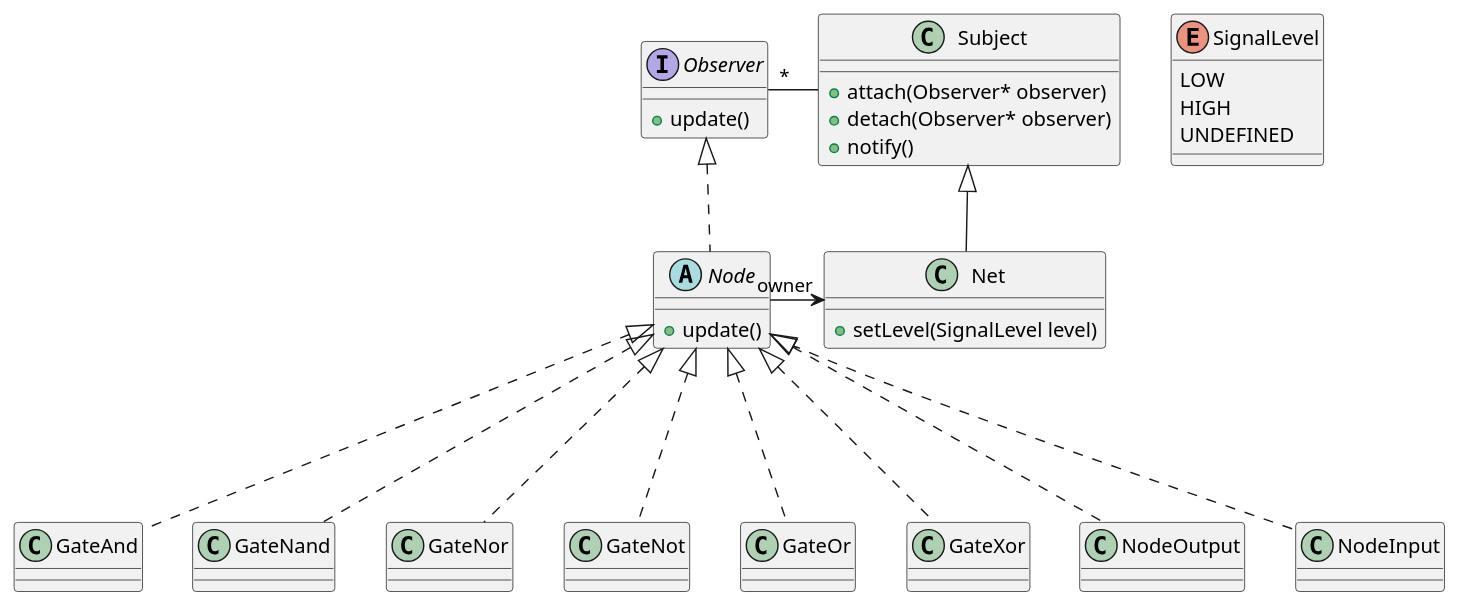
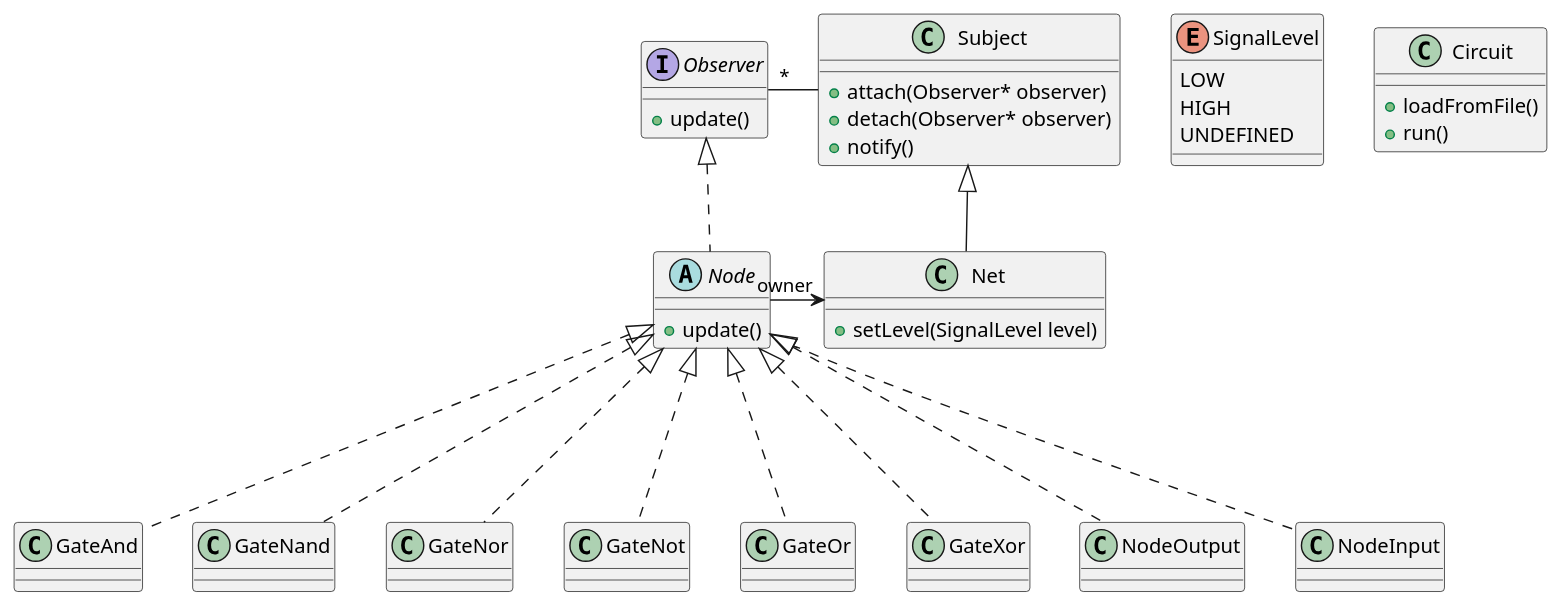
The diagram in docs/class-diag.puml (lonkaars/depa), drawn with PlantUML before and after one commit.

Commit message:
add circuit class (factory)

```diff
--- a/docs/class-diag.puml
+++ b/docs/class-diag.puml
@@ -1,49 +1,55 @@
 @startuml
 
 abstract class Node { /' (also ConcreteObserver) '/
 	+ update()
 }
 class Net { /' (also ConcreteSubject) '/
 	+ setLevel(SignalLevel level)
 }
 
 class Subject {
 	+ attach(Observer* observer)
 	+ detach(Observer* observer)
 	+ notify()
 }
 interface Observer {
 	+ update()
 }
 
 class GateAnd
 class GateNand
 class GateNor
 class GateNot
 class GateOr
 class GateXor
 class NodeOutput
 class NodeInput
 
 enum SignalLevel {
   LOW
 	HIGH
 	UNDEFINED
 }
 
 Node <|-[dashed]-- GateAnd
 Node <|-[dashed]-- GateNand
 Node <|-[dashed]-- GateNor
 Node <|-[dashed]-- GateNot
 Node <|-[dashed]-- GateOr
 Node <|-[dashed]-- GateXor
 Node <|-[dashed]-- NodeOutput
 Node <|-[dashed]-- NodeInput
 
 Subject <|-- Net
 Observer <|-[dashed]- Node
 Node -> "owner" Net
 Observer "*" - Subject
 
+class Circuit {
+	+ loadFromFile()
+	+ run()
+}
+
+' only call notify when setLevel actually changes the level!!!!!!!
 
 @enduml
```
